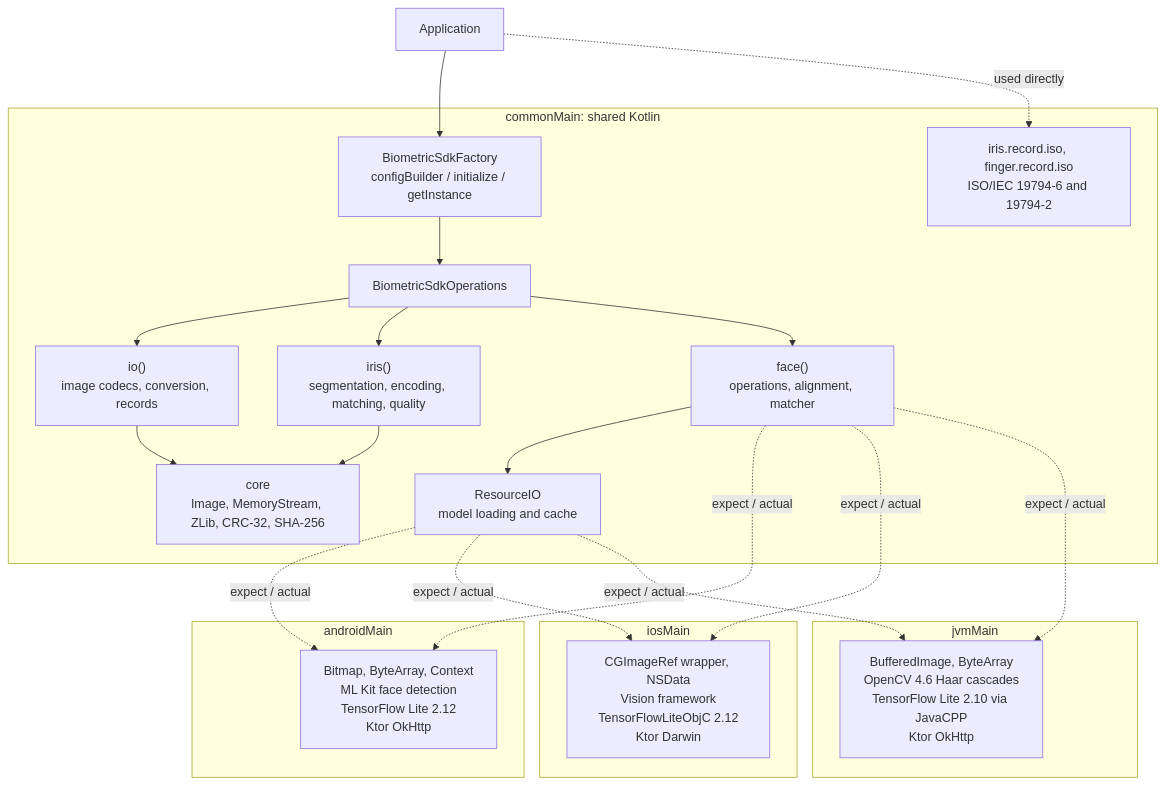
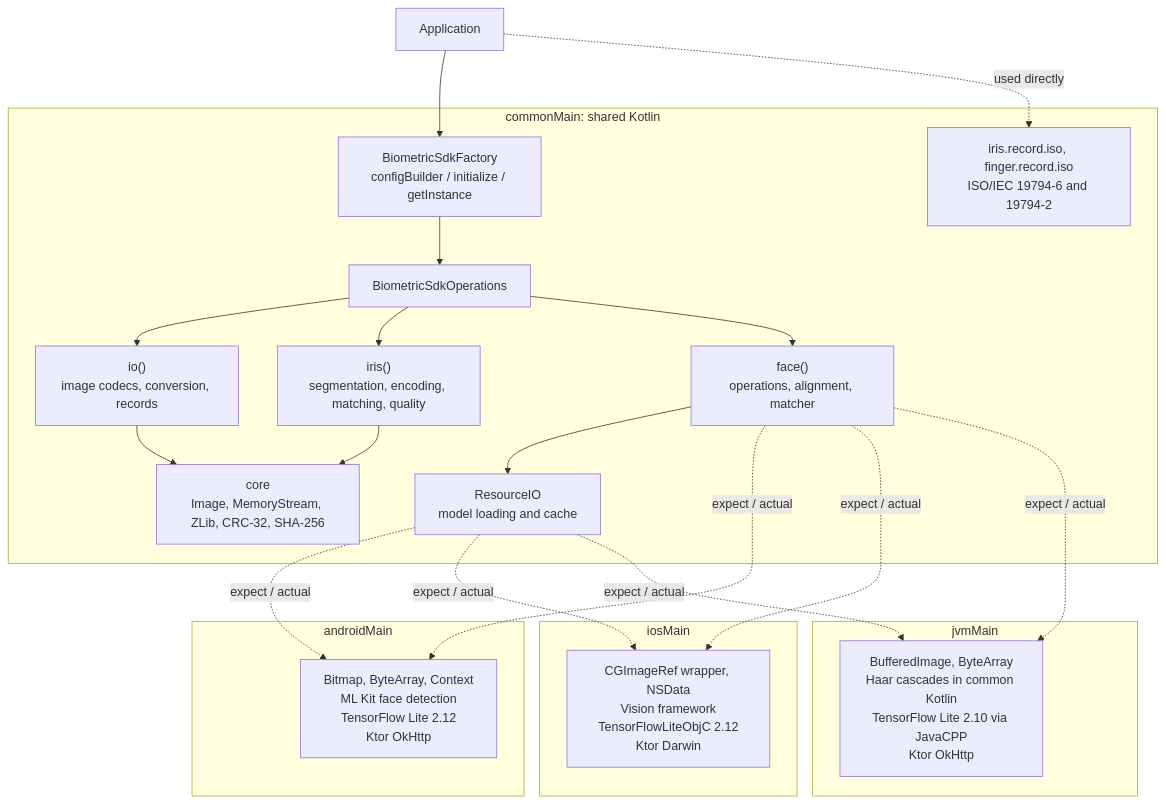
Before and after one commit to biometric-technologies/biometric-sdk: the first of 3 diagrams in readme.md, drawn with Mermaid. The commit also changed other lines of this file and 8 other files, not shown here.

First line of the commit message:
Face detection on the JVM without OpenCV: Haar cascade detector in common Kotlin

````diff
--- a/readme.md
+++ b/readme.md
@@ -180,37 +180,37 @@
 ```mermaid
 flowchart TD
     APP["Application"]
     subgraph common["commonMain: shared Kotlin"]
         FACTORY["BiometricSdkFactory<br/>configBuilder / initialize / getInstance"]
         OPS["BiometricSdkOperations"]
         IO["io()<br/>image codecs, conversion, records"]
         IRIS["iris()<br/>segmentation, encoding, matching, quality"]
         FACE["face()<br/>operations, alignment, matcher"]
         RES["ResourceIO<br/>model loading and cache"]
         CORE["core<br/>Image, MemoryStream, ZLib, CRC-32, SHA-256"]
         ISO["iris.record.iso, finger.record.iso<br/>ISO/IEC 19794-6 and 19794-2"]
     end
     subgraph android["androidMain"]
         ANDR["Bitmap, ByteArray, Context<br/>ML Kit face detection<br/>TensorFlow Lite 2.12<br/>Ktor OkHttp"]
     end
     subgraph ios["iosMain"]
         IOSN["CGImageRef wrapper, NSData<br/>Vision framework<br/>TensorFlowLiteObjC 2.12<br/>Ktor Darwin"]
     end
     subgraph jvm["jvmMain"]
-        JVMN["BufferedImage, ByteArray<br/>OpenCV 4.6 Haar cascades<br/>TensorFlow Lite 2.10 via JavaCPP<br/>Ktor OkHttp"]
+        JVMN["BufferedImage, ByteArray<br/>Haar cascades in common Kotlin<br/>TensorFlow Lite 2.10 via JavaCPP<br/>Ktor OkHttp"]
     end
     APP --> FACTORY --> OPS
     OPS --> IO
     OPS --> IRIS
     OPS --> FACE
     IRIS --> CORE
     IO --> CORE
     APP -.->|"used directly"| ISO
     FACE --> RES
     FACE -.->|"expect / actual"| ANDR
     FACE -.->|"expect / actual"| IOSN
     FACE -.->|"expect / actual"| JVMN
     RES -.->|"expect / actual"| ANDR
     RES -.->|"expect / actual"| IOSN
     RES -.->|"expect / actual"| JVMN
 ```
````
